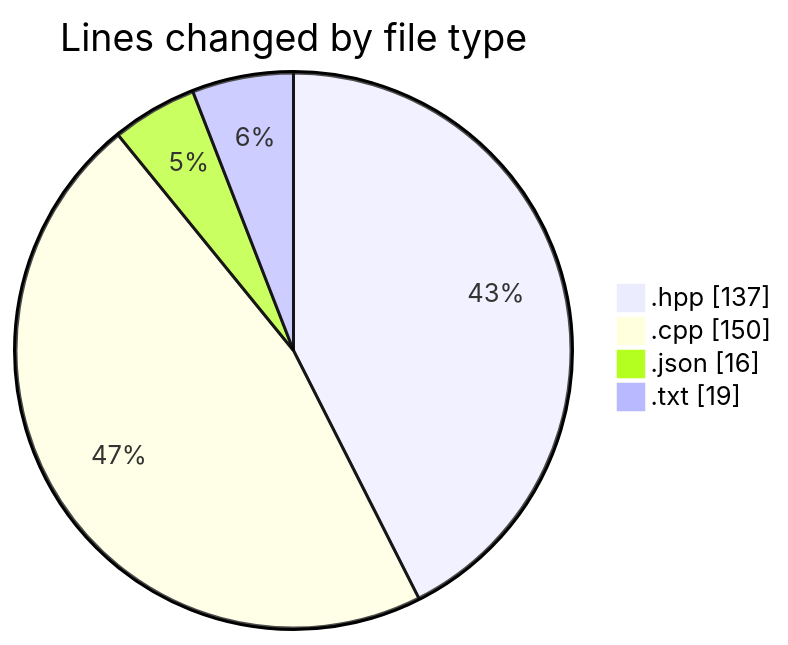
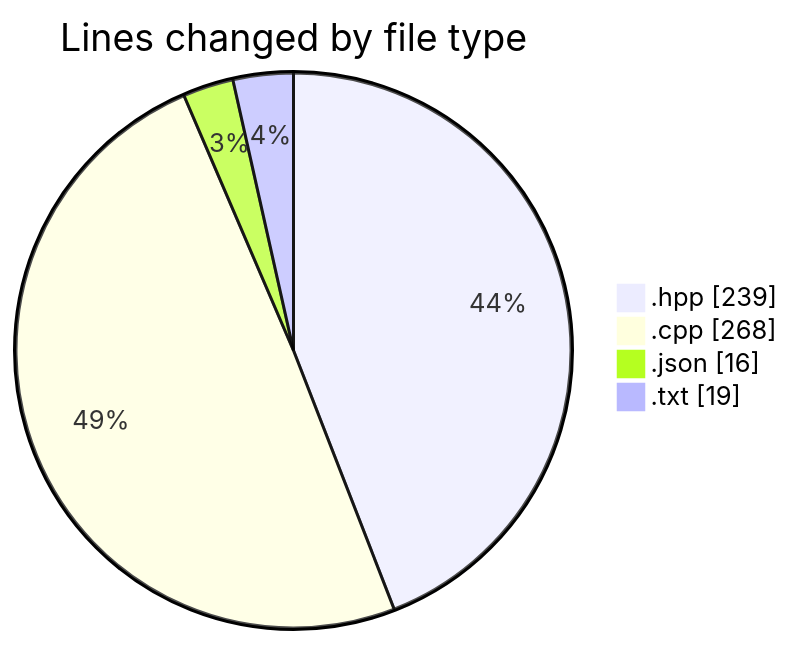
Before and after one commit to Netris89/code-tracking: the first of 2 diagrams in 2025-05-02/date/README.md, drawn with Mermaid. The commit also changed other lines of this file and 1 other file, not shown here.

````diff
--- a/2025-05-02/date/README.md
+++ b/2025-05-02/date/README.md
@@ -25,8 +27,8 @@
 ```mermaid
 pie showData
 title Lines changed by file type
-".hpp" : 137
-".cpp" : 150
+".hpp" : 239
+".cpp" : 268
 ".json" : 16
 ".txt" : 19
 ```
````
